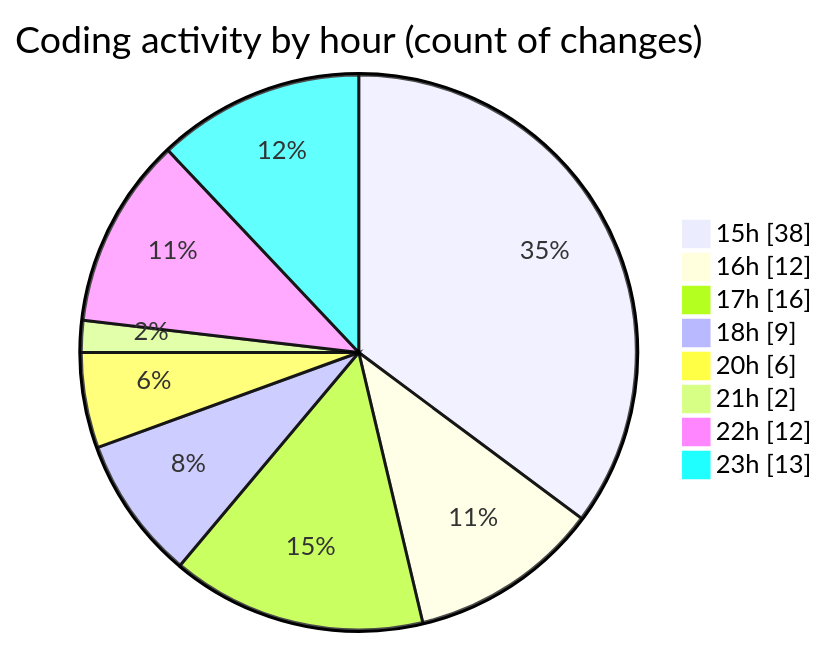
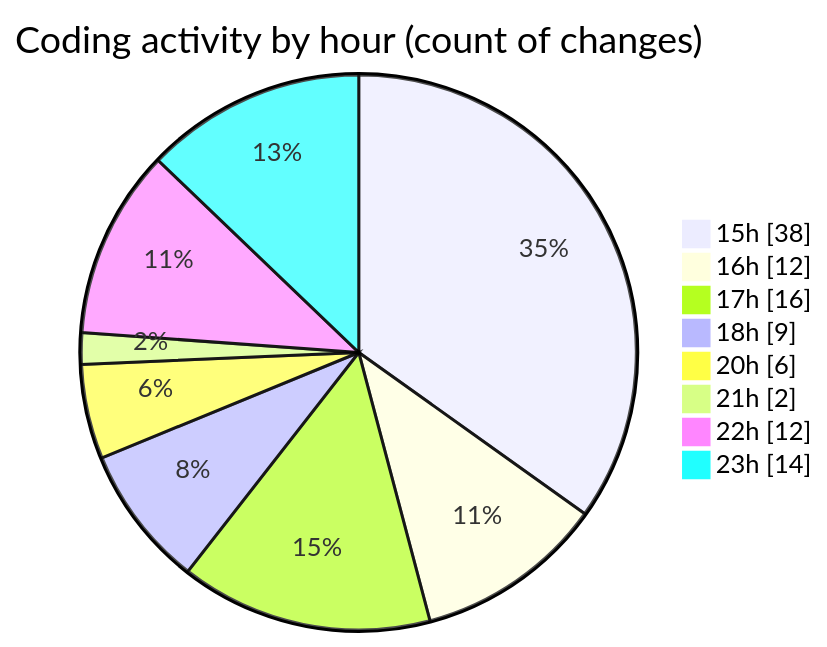
Before and after one commit to nxtqubesakshisongat/code-tracking: the second of 2 diagrams in 2025-09-08/cashcalculator/README.md, drawn with Mermaid. The commit also changed other lines of this file and 1 other file, not shown here.

````diff
--- a/2025-09-08/cashcalculator/README.md
+++ b/2025-09-08/cashcalculator/README.md
@@ -28,12 +28,12 @@
 ```mermaid
 pie showData
 title Coding activity by hour (count of changes)
 "15h" : 38
 "16h" : 12
 "17h" : 16
 "18h" : 9
 "20h" : 6
 "21h" : 2
 "22h" : 12
-"23h" : 13
+"23h" : 14
 ```
````
